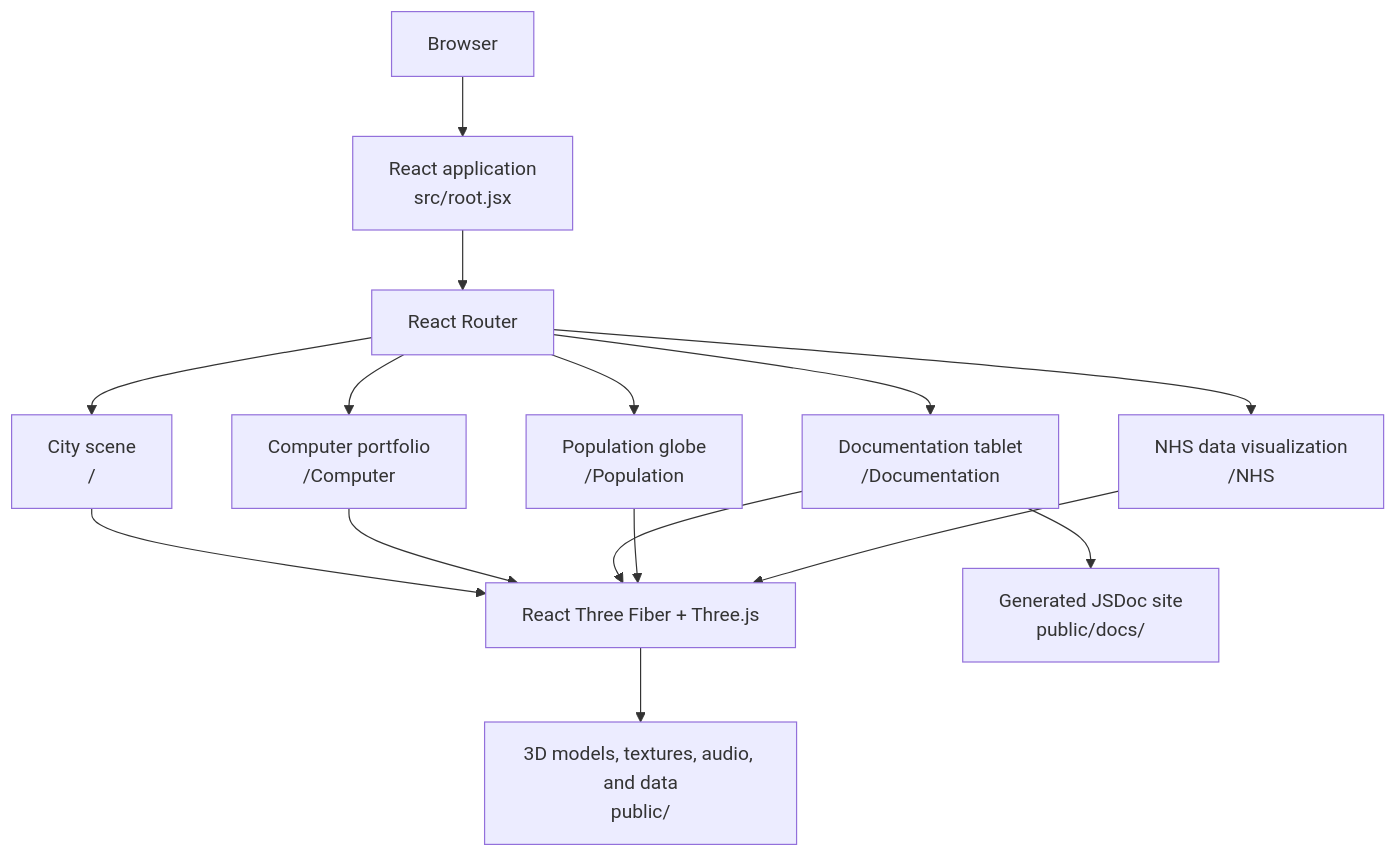
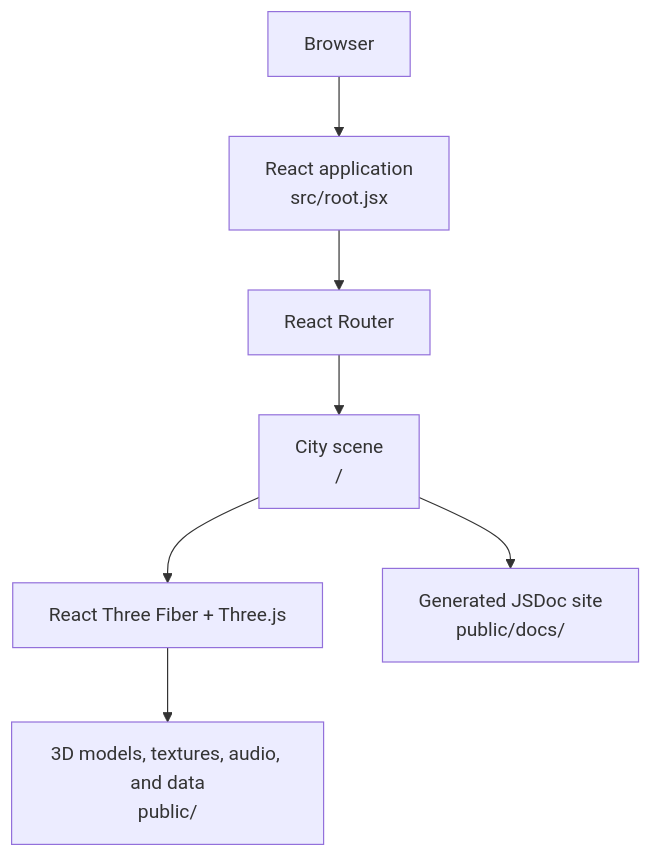
Before and after one commit to Bolajiadewal3/Celestaris: the diagram in README.md, drawn with Mermaid. The commit also changed other lines of this file, not shown here.

Commit message:
update: update to read me

````diff
--- a/README.md
+++ b/README.md
@@ -36,20 +35,12 @@
 ```mermaid
 flowchart TD
    Browser[Browser] --> App[React application<br/>src/root.jsx]
    App --> Router[React Router]
 
    Router --> City[City scene<br/>/]
-   Router --> Portfolio[Computer portfolio<br/>/Computer]
-   Router --> Docs[Documentation tablet<br/>/Documentation]
-   Router --> Population[Population globe<br/>/Population]
-   Router --> NHS[NHS data visualization<br/>/NHS]
 
    City --> Renderer[React Three Fiber + Three.js]
-   Portfolio --> Renderer
-   Docs --> Renderer
-   Population --> Renderer
-   NHS --> Renderer
 
    Renderer --> Assets[3D models, textures, audio, and data<br/>public/]
-   Docs --> GeneratedDocs[Generated JSDoc site<br/>public/docs/]
+   City --> GeneratedDocs[Generated JSDoc site<br/>public/docs/]
 ```
````
